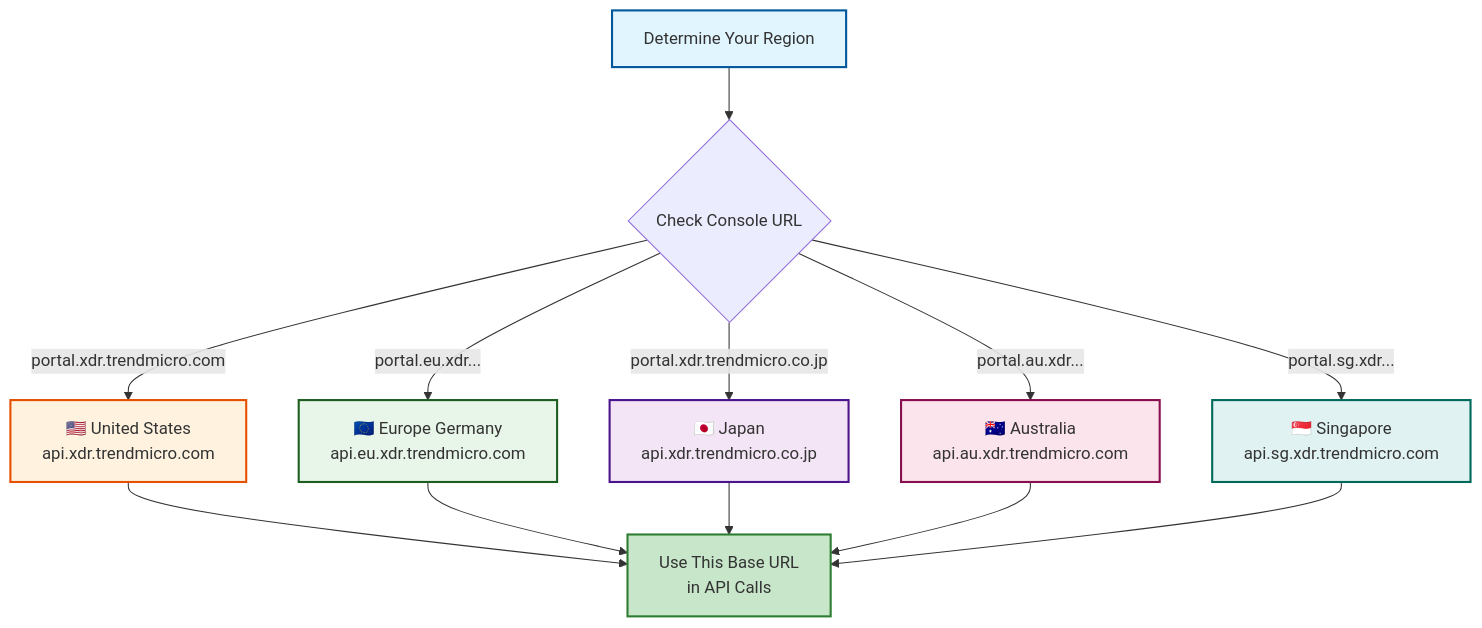
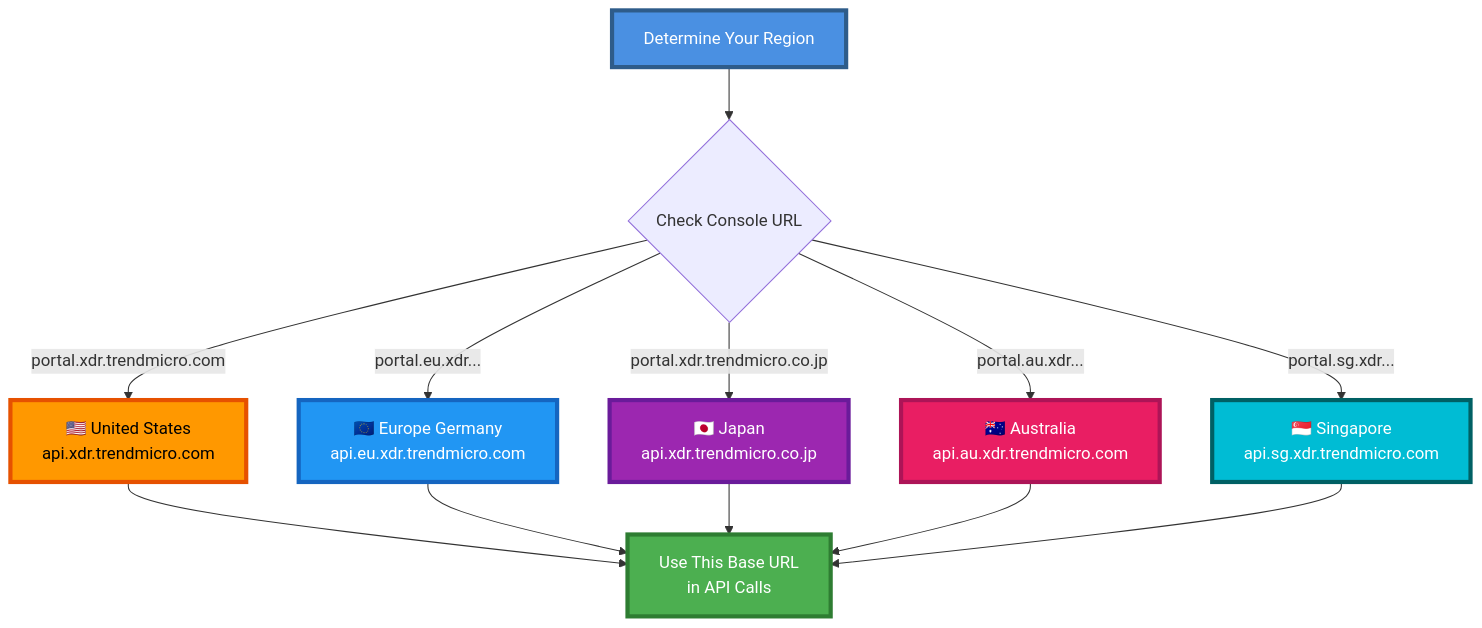
Before and after one commit to ZELA2000/Also-TDSynnex-Trend: the second of 2 diagrams in Trend/DOC/workflows/1_Authentication_and_Setup.md, drawn with Mermaid. The commit also changed other lines of this file and 11 other files, not shown here.

Commit message:
style: Update diagram styles across documentation for improved clarity and consistency

````diff
--- a/Trend/DOC/workflows/1_Authentication_and_Setup.md
+++ b/Trend/DOC/workflows/1_Authentication_and_Setup.md
@@ -50,24 +50,24 @@
 ```mermaid
 graph TD
     Start[Determine Your Region] --> Check{Check Console URL}
     
     Check -->|portal.xdr.trendmicro.com| US[🇺🇸 United States<br/>api.xdr.trendmicro.com]
     Check -->|portal.eu.xdr...| EU[🇪🇺 Europe Germany<br/>api.eu.xdr.trendmicro.com]
     Check -->|portal.xdr.trendmicro.co.jp| JP[🇯🇵 Japan<br/>api.xdr.trendmicro.co.jp]
     Check -->|portal.au.xdr...| AU[🇦🇺 Australia<br/>api.au.xdr.trendmicro.com]
     Check -->|portal.sg.xdr...| SG[🇸🇬 Singapore<br/>api.sg.xdr.trendmicro.com]
     
     US --> Use[Use This Base URL<br/>in API Calls]
     EU --> Use
     JP --> Use
     AU --> Use
     SG --> Use
     
-    style Start fill:#e1f5ff,stroke:#01579b,stroke-width:2px
-    style Use fill:#c8e6c9,stroke:#2e7d32,stroke-width:2px
-    style US fill:#fff3e0,stroke:#e65100,stroke-width:2px
-    style EU fill:#e8f5e9,stroke:#1b5e20,stroke-width:2px
-    style JP fill:#f3e5f5,stroke:#4a148c,stroke-width:2px
-    style AU fill:#fce4ec,stroke:#880e4f,stroke-width:2px
-    style SG fill:#e0f2f1,stroke:#00695c,stroke-width:2px
+    style Start fill:#4A90E2,stroke:#2E5C8A,stroke-width:4px,color:#fff
+    style Use fill:#4CAF50,stroke:#2E7D32,stroke-width:4px,color:#fff
+    style US fill:#FF9800,stroke:#E65100,stroke-width:4px,color:#000
+    style EU fill:#2196F3,stroke:#1565C0,stroke-width:4px,color:#fff
+    style JP fill:#9C27B0,stroke:#6A1B9A,stroke-width:4px,color:#fff
+    style AU fill:#E91E63,stroke:#AD1457,stroke-width:4px,color:#fff
+    style SG fill:#00BCD4,stroke:#006064,stroke-width:4px,color:#fff
 ```
````
